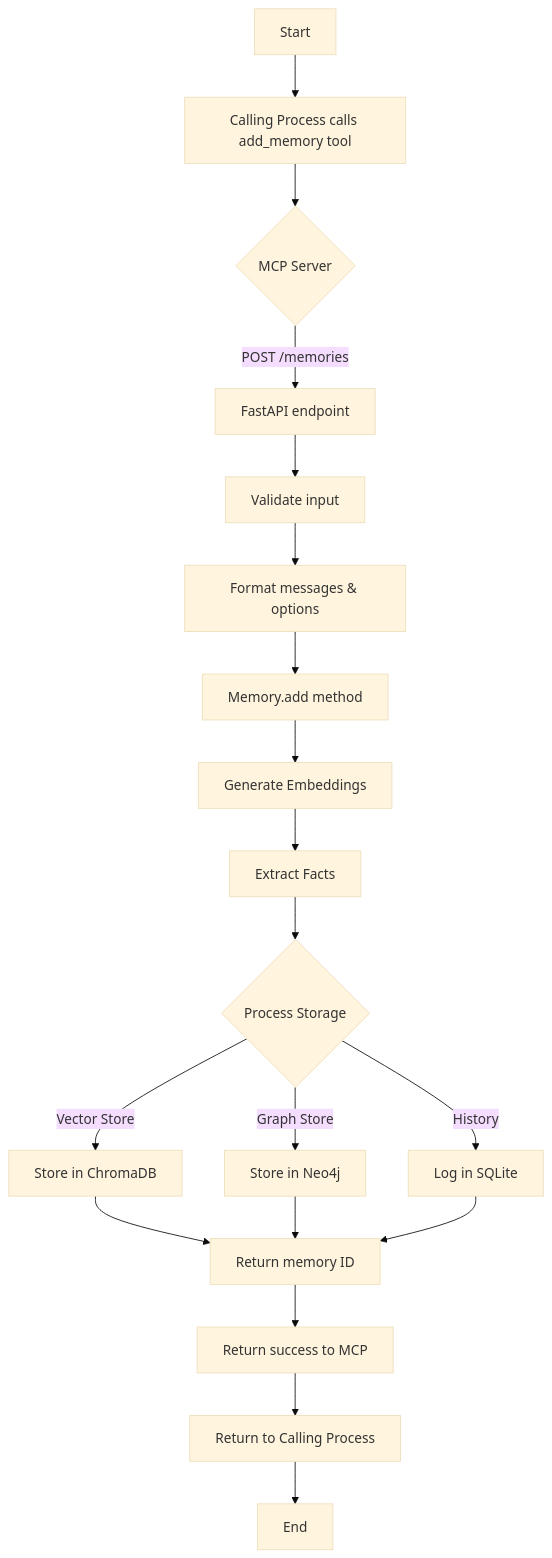
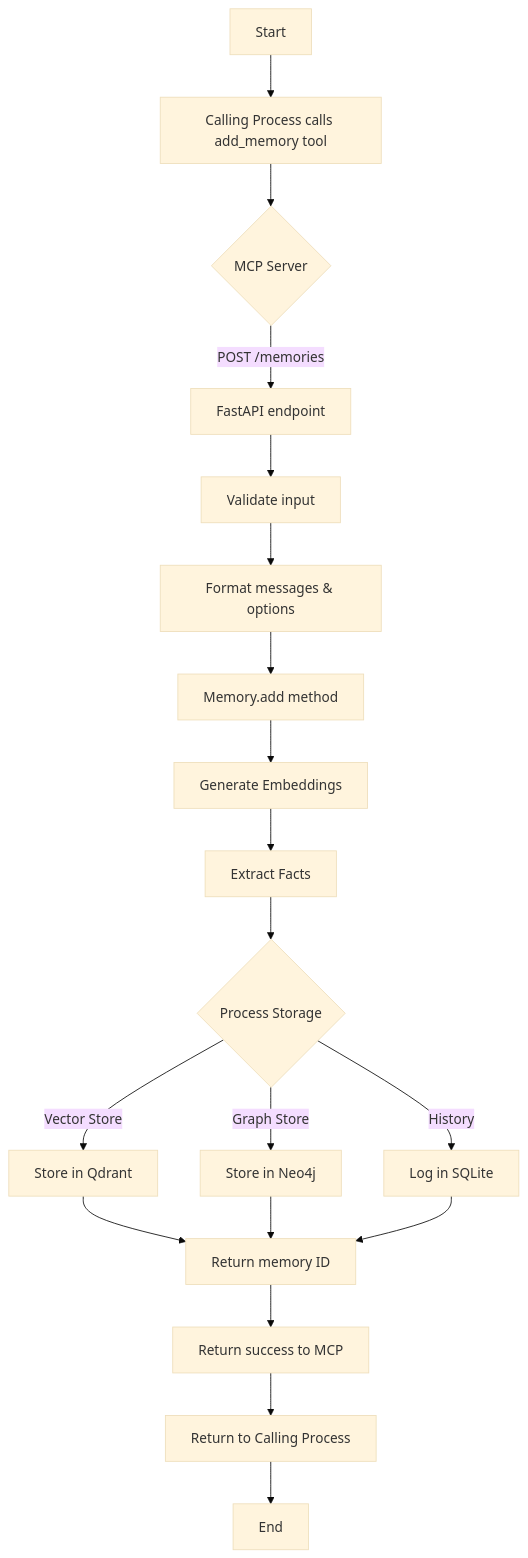
Before and after one commit to darrynv/dangeroo: the eighth of 11 diagrams in dangeroo-mem0-mcp/docs/dangeroo-architecture.md, drawn with Mermaid (base theme). The commit also changed other lines of this file and 7 other files, not shown here.

````diff
--- a/dangeroo-mem0-mcp/docs/dangeroo-architecture.md
+++ b/dangeroo-mem0-mcp/docs/dangeroo-architecture.md
@@ -276,22 +276,22 @@
 ```mermaid
 flowchart TD
     A[Start] --> B[Calling Process calls add_memory tool]
     B --> C{MCP Server}
     C --> |POST /memories| D[FastAPI endpoint]
     D --> E[Validate input]
     E --> F[Format messages & options]
     F --> G[Memory.add method]
     
     G --> H[Generate Embeddings]
     H --> I[Extract Facts]
     
     I --> J{Process Storage}
-    J --> |Vector Store| K[Store in ChromaDB]
+    J --> |Vector Store| K[Store in Qdrant]
     J --> |Graph Store| L[Store in Neo4j]
     J --> |History| M[Log in SQLite]
     
     K & L & M --> N[Return memory ID]
     N --> O[Return success to MCP]
     O --> P[Return to Calling Process]
     P --> Q[End]
 ```
````
